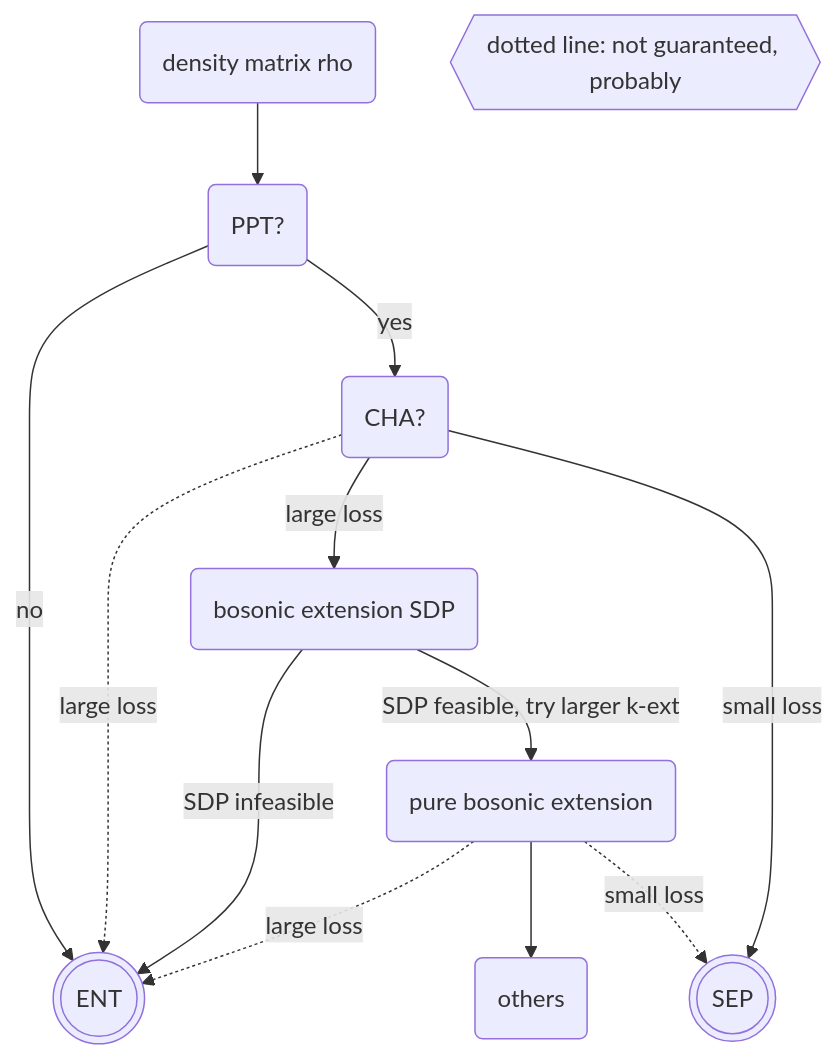
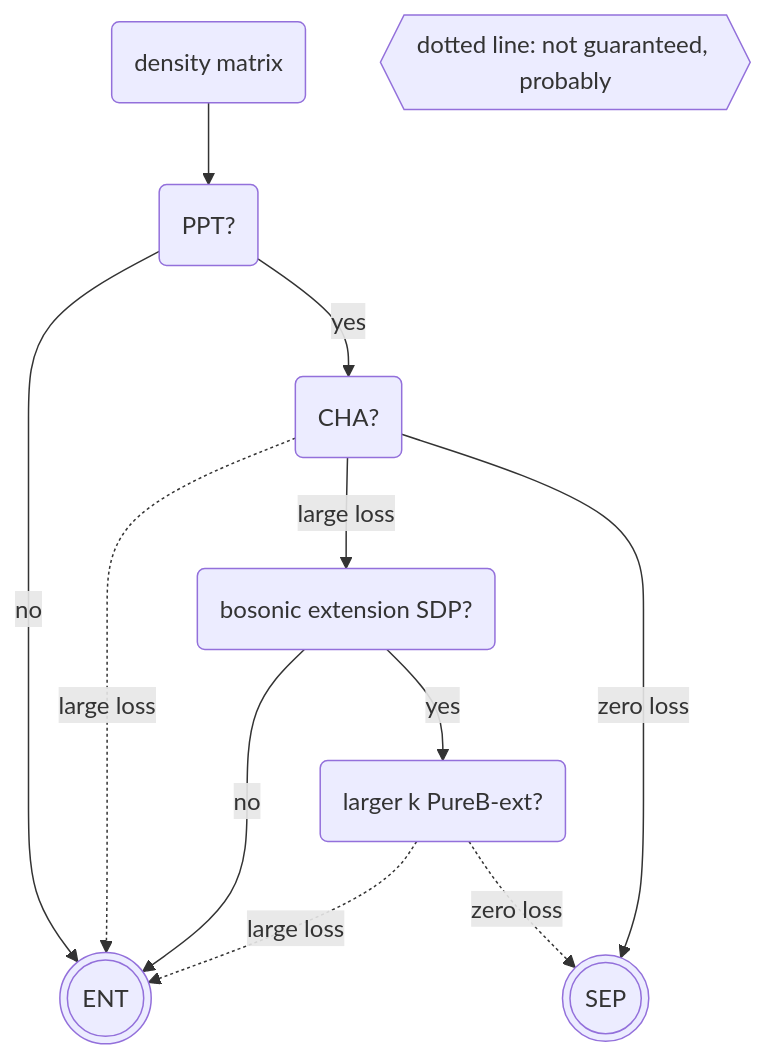
The second of 2 diagrams in README.md (numqi/numqi), drawn with Mermaid before and after one commit. The commit also changed other lines of this file and 1 other file, not shown here.

````diff
--- a/README.md
+++ b/README.md
@@ -105,23 +115,21 @@
 ```mermaid
 flowchart TD
-   id1(density matrix rho)
+   id1(density matrix)
    id2(((SEP)))
    id3(((ENT)))
    id4(PPT?)
    id5(CHA?)
-   id6(bosonic extension SDP)
-   id7(pure bosonic extension)
+   id6(bosonic extension SDP?)
+   id7(larger k PureB-ext?)
    id8{{dotted line: not guaranteed, probably}}
-   id9(others)
    id1 --> id4
    id4 -->|no| id3
    id4 -->|yes| id5
    id5 -.->|large loss| id3
    id5 -->|large loss| id6
-   id6 -->|SDP infeasible| id3
-   id6 -->|SDP feasible, try larger k-ext| id7
-   id7 --> id9
-   id7 -.->|small loss| id2
+   id6 -->|no| id3
+   id6 -->|yes| id7
+   id7 -.->|zero loss| id2
    id7 -.->|large loss| id3
-   id5 -->|small loss| id2
+   id5 -->|zero loss| id2
 ```
````
